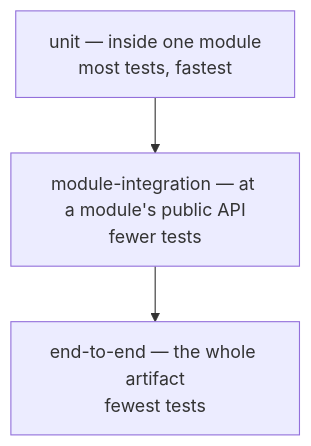
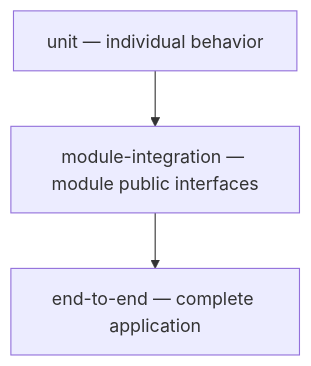
One commit to Jose-1206/attendance-registry-metricas changed the diagram in sistema/att-book-docs/11-quality/testing-strategy.md. Above: the diagram before and after it, drawn with Mermaid. The commit also changed other lines of this file and 98 other files, not shown here.

````diff
--- a/sistema/att-book-docs/11-quality/testing-strategy.md
+++ b/sistema/att-book-docs/11-quality/testing-strategy.md
@@ -11,7 +16,7 @@
 ```mermaid
 flowchart TB
-    U["unit — inside one module<br/>most tests, fastest"]
-    M["module-integration — at a module's public API<br/>fewer tests"]
-    E["end-to-end — the whole artifact<br/>fewest tests"]
+    U["unit — individual behavior"]
+    M["module-integration — module public interfaces"]
+    E["end-to-end — complete application"]
     U --> M --> E
 ```
````
